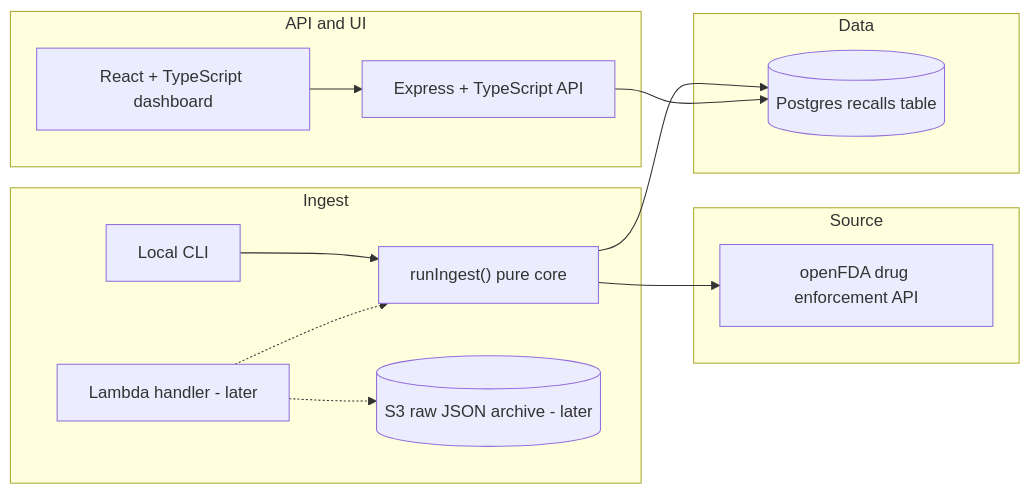
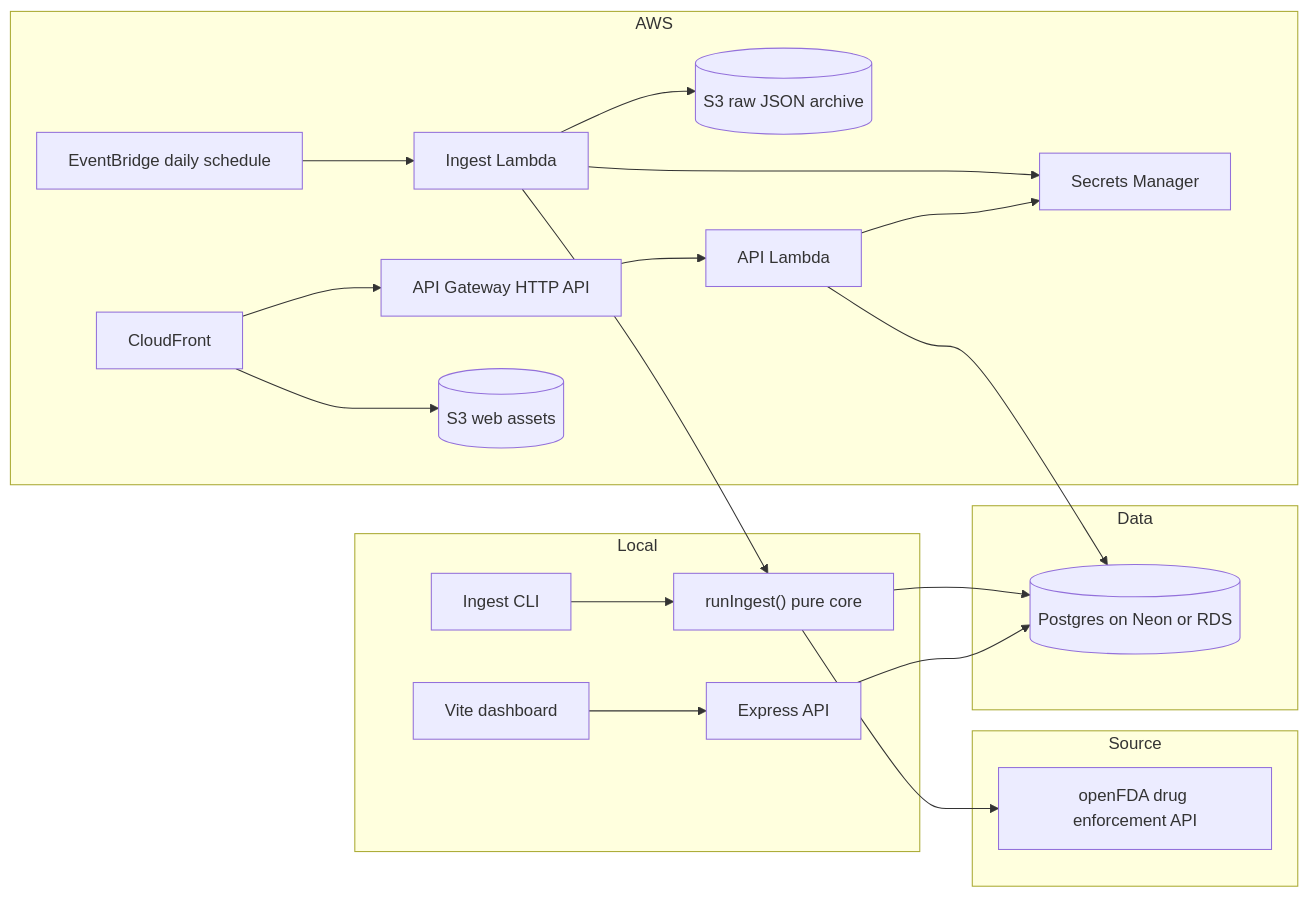
The diagram in README.md (anothermoth/fda-recall-tracker), drawn with Mermaid before and after one commit. The commit also changed other lines of this file and 3 other files, not shown here.

````diff
--- a/README.md
+++ b/README.md
@@ -11,30 +11,43 @@
 ```mermaid
 flowchart LR
   subgraph sources [Source]
     FDA[openFDA drug enforcement API]
   end
 
-  subgraph ingestJob [Ingest]
-    CLI[Local CLI]
-    Core["runIngest() pure core"]
-    Lambda["Lambda handler - later"]
-    S3[("S3 raw JSON archive - later")]
+  subgraph aws [AWS]
+    Events[EventBridge daily schedule]
+    IngestLambda[Ingest Lambda]
+    S3Archive[(S3 raw JSON archive)]
+    APIGW[API Gateway HTTP API]
+    ApiLambda[API Lambda]
+    Secrets[Secrets Manager]
+    WebBucket[(S3 web assets)]
+    CF[CloudFront]
   end
 
   subgraph data [Data]
-    PG[(Postgres recalls table)]
+    PG[(Postgres on Neon or RDS)]
   end
 
-  subgraph serve [API and UI]
-    API[Express + TypeScript API]
-    Web[React + TypeScript dashboard]
+  subgraph local [Local]
+    CLI[Ingest CLI]
+    Core["runIngest() pure core"]
+    DevAPI[Express API]
+    DevWeb[Vite dashboard]
   end
 
+  Events --> IngestLambda
+  IngestLambda --> Core
   CLI --> Core
-  Lambda -.-> Core
   Core --> FDA
   Core --> PG
-  Lambda -.-> S3
-  API --> PG
-  Web --> API
+  IngestLambda --> S3Archive
+  IngestLambda --> Secrets
+  ApiLambda --> Secrets
+  APIGW --> ApiLambda
+  ApiLambda --> PG
+  CF --> WebBucket
+  CF --> APIGW
+  DevWeb --> DevAPI
+  DevAPI --> PG
 ```
````
